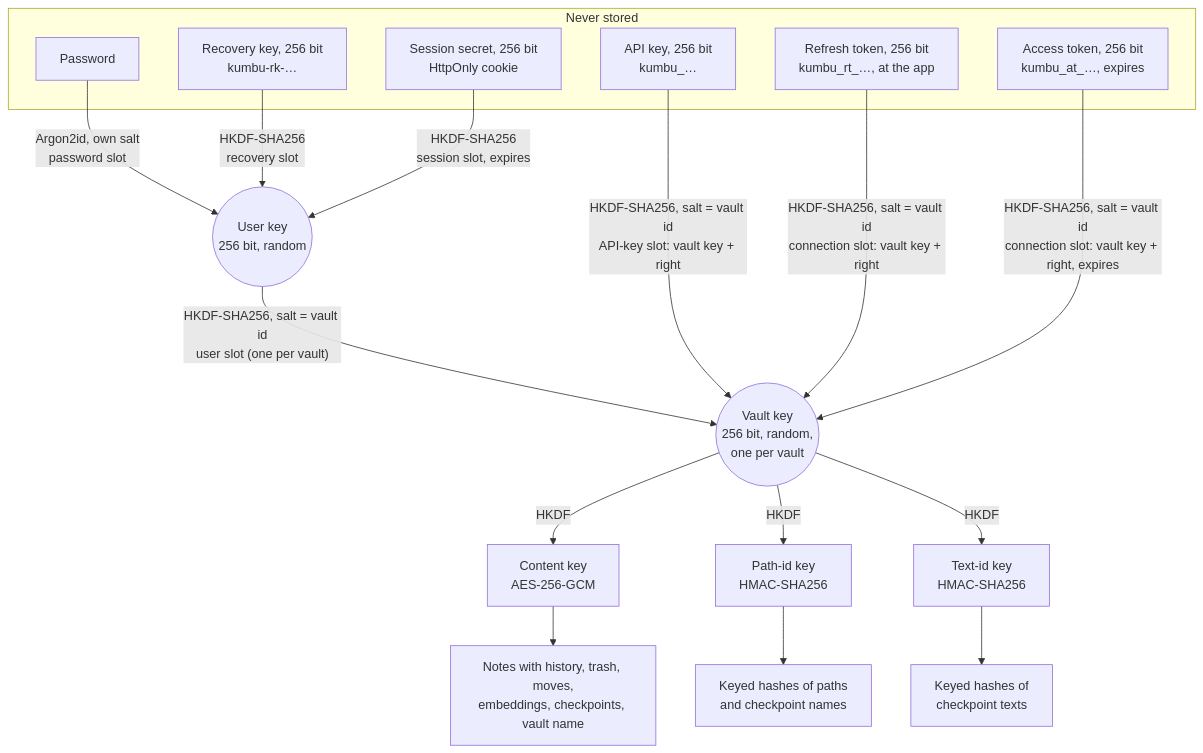
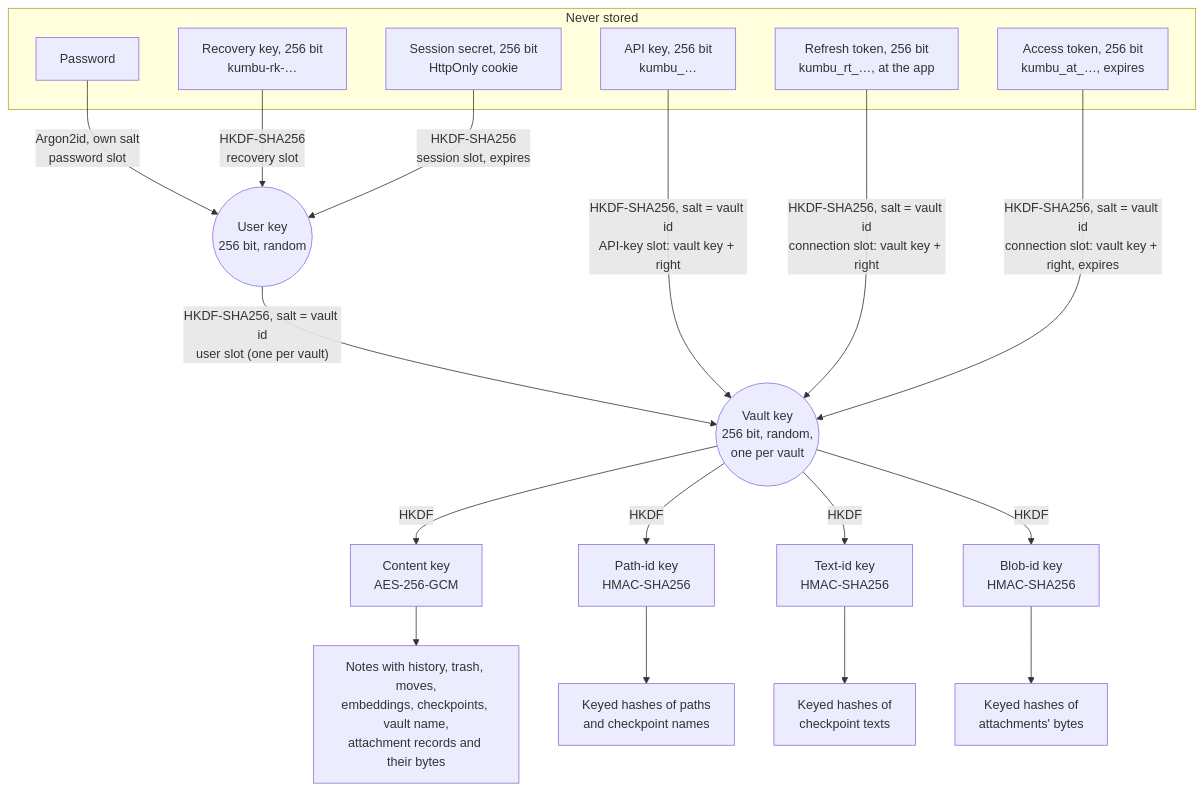
The first of 3 diagrams in docs/security-architecture.md (SCAI-NGO/kumbukumbu), drawn with Mermaid before and after one commit. The commit also changed other lines of this file and 171 other files, not shown here.

````diff
--- a/docs/security-architecture.md
+++ b/docs/security-architecture.md
@@ -69,29 +70,31 @@
 ```mermaid
 flowchart TB
   subgraph held["Never stored"]
     PW["Password"]
     RK["Recovery key, 256 bit<br/>kumbu-rk-…"]
     SC["Session secret, 256 bit<br/>HttpOnly cookie"]
     AK["API key, 256 bit<br/>kumbu_…"]
     RT["Refresh token, 256 bit<br/>kumbu_rt_…, at the app"]
     AT["Access token, 256 bit<br/>kumbu_at_…, expires"]
   end
 
   UK(("User key<br/>256 bit, random"))
   VK(("Vault key<br/>256 bit, random,<br/>one per vault"))
 
   PW -- "Argon2id, own salt<br/>password slot" --> UK
   RK -- "HKDF-SHA256<br/>recovery slot" --> UK
   SC -- "HKDF-SHA256<br/>session slot, expires" --> UK
   UK -- "HKDF-SHA256, salt = vault id<br/>user slot (one per vault)" --> VK
   AK -- "HKDF-SHA256, salt = vault id<br/>API-key slot: vault key + right" --> VK
   RT -- "HKDF-SHA256, salt = vault id<br/>connection slot: vault key + right" --> VK
   AT -- "HKDF-SHA256, salt = vault id<br/>connection slot: vault key + right, expires" --> VK
 
   VK -- HKDF --> CK["Content key<br/>AES-256-GCM"]
   VK -- HKDF --> PK["Path-id key<br/>HMAC-SHA256"]
   VK -- HKDF --> TK["Text-id key<br/>HMAC-SHA256"]
-  CK --> DATA["Notes with history, trash, moves,<br/>embeddings, checkpoints, vault name"]
+  VK -- HKDF --> BK["Blob-id key<br/>HMAC-SHA256"]
+  CK --> DATA["Notes with history, trash, moves,<br/>embeddings, checkpoints, vault name,<br/>attachment records and their bytes"]
   PK --> IDS["Keyed hashes of paths<br/>and checkpoint names"]
   TK --> TXT["Keyed hashes of<br/>checkpoint texts"]
+  BK --> BID["Keyed hashes of<br/>attachments' bytes"]
 ```
````
